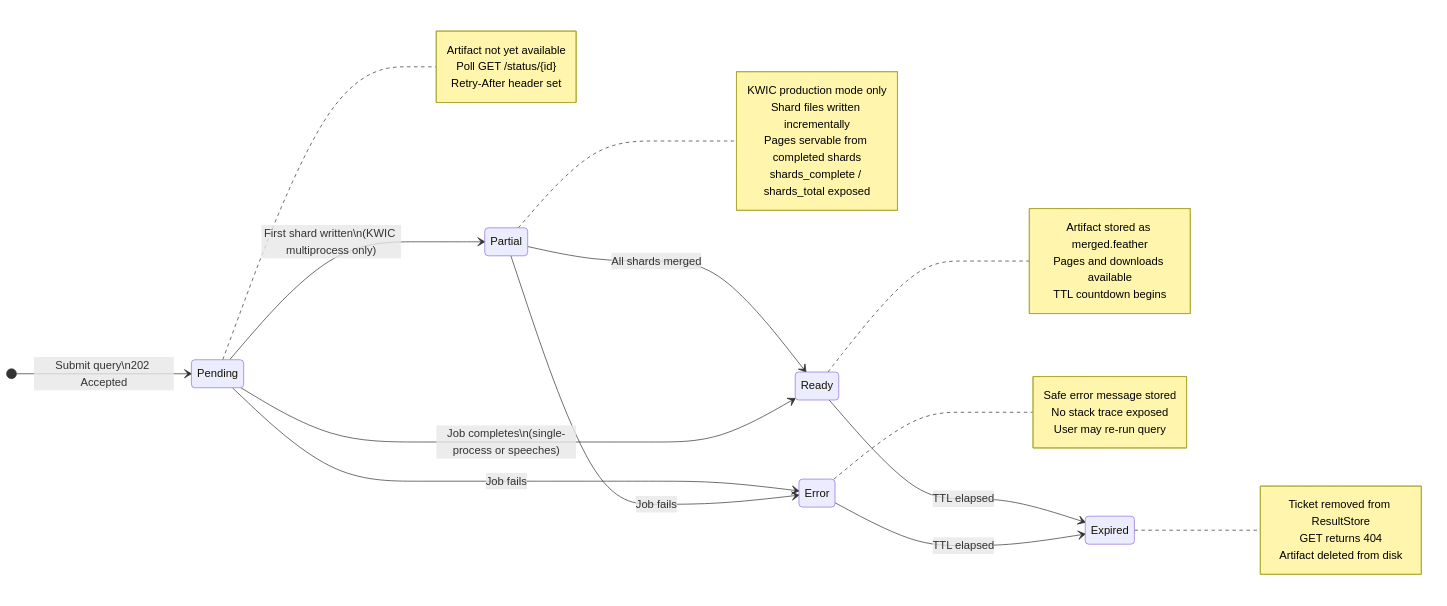
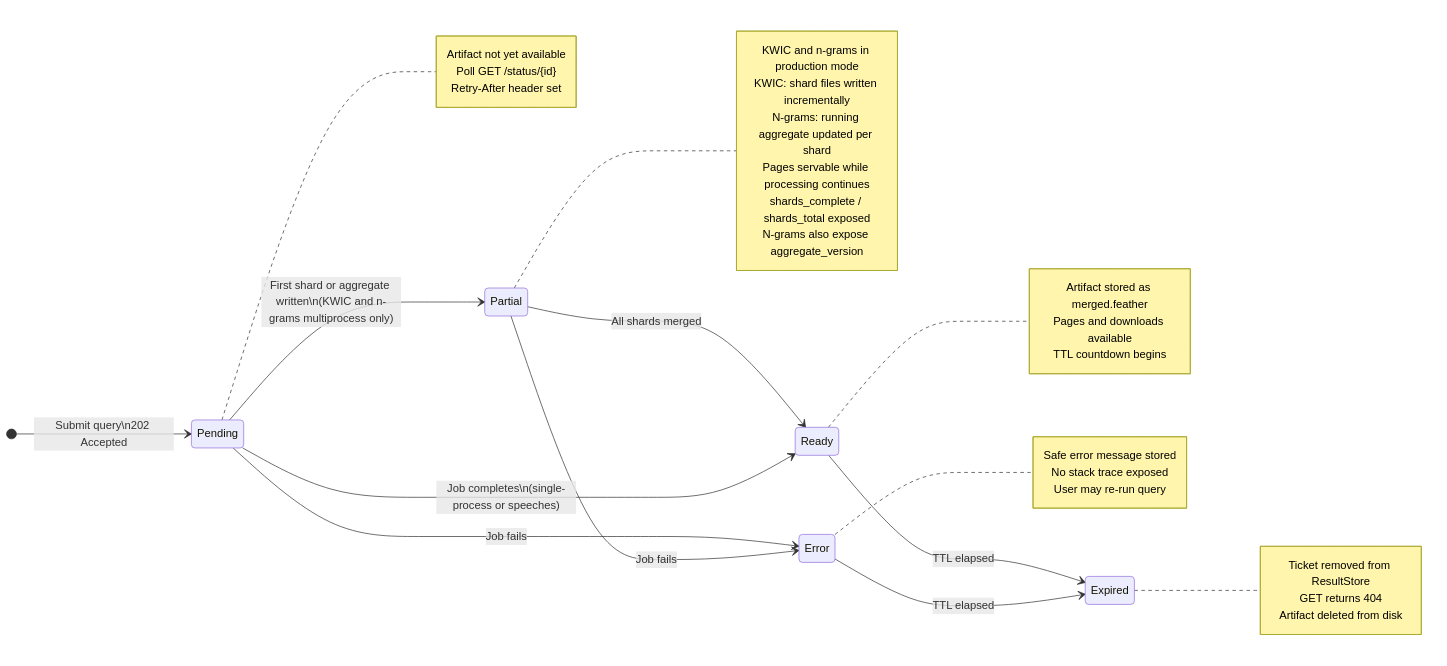
The seventh of 18 diagrams in docs/DIAGRAMS.md (humlab-swedeb/swedeb-api), drawn with Mermaid before and after one commit. The commit also changed other lines of this file and 2 other files, not shown here.

First line of the commit message:
feat: Implement N-grams ticketing system with progressive loading and pre-search estimation

````diff
--- a/docs/DIAGRAMS.md
+++ b/docs/DIAGRAMS.md
@@ -391,58 +395,60 @@
 ```mermaid
 stateDiagram-v2
     direction LR
 
     [*] --> Pending : Submit query\n202 Accepted
 
-    Pending --> Partial : First shard written\n(KWIC multiprocess only)
+    Pending --> Partial : First shard or aggregate written\n(KWIC and n-grams multiprocess only)
     Partial --> Ready : All shards merged
     Pending --> Ready : Job completes\n(single-process or speeches)
     Pending --> Error : Job fails
     Partial --> Error : Job fails
 
     Ready --> Expired : TTL elapsed
     Error --> Expired : TTL elapsed
 
     note right of Pending
         Artifact not yet available
         Poll GET /status/{id}
         Retry-After header set
     end note
 
     note right of Partial
-        KWIC production mode only
-        Shard files written incrementally
-        Pages servable from completed shards
+        KWIC and n-grams in production mode
+        KWIC: shard files written incrementally
+        N-grams: running aggregate updated per shard
+        Pages servable while processing continues
         shards_complete / shards_total exposed
+        N-grams also expose aggregate_version
     end note
 
     note right of Ready
         Artifact stored as merged.feather
         Pages and downloads available
         TTL countdown begins
     end note
 
     note right of Error
         Safe error message stored
         No stack trace exposed
         User may re-run query
     end note
 
     note right of Expired
         Ticket removed from ResultStore
         GET returns 404
         Artifact deleted from disk
     end note
 
     classDef pending fill:#fff7d6,stroke:#d6a300,color:#2b2b2b;
     classDef partial fill:#e8f0fb,stroke:#5c8ac8,color:#1a2a4a;
     classDef ready fill:#dff7e8,stroke:#2e9f5b,color:#1d3a29;
     classDef failed fill:#ffe0e0,stroke:#d64545,color:#4a1f1f;
     classDef expired fill:#eeeeee,stroke:#888888,color:#333333;
 
     class Pending pending;
     class Partial partial;
     class Ready ready;
     class Error failed;
     class Expired expired;
 ```
````
